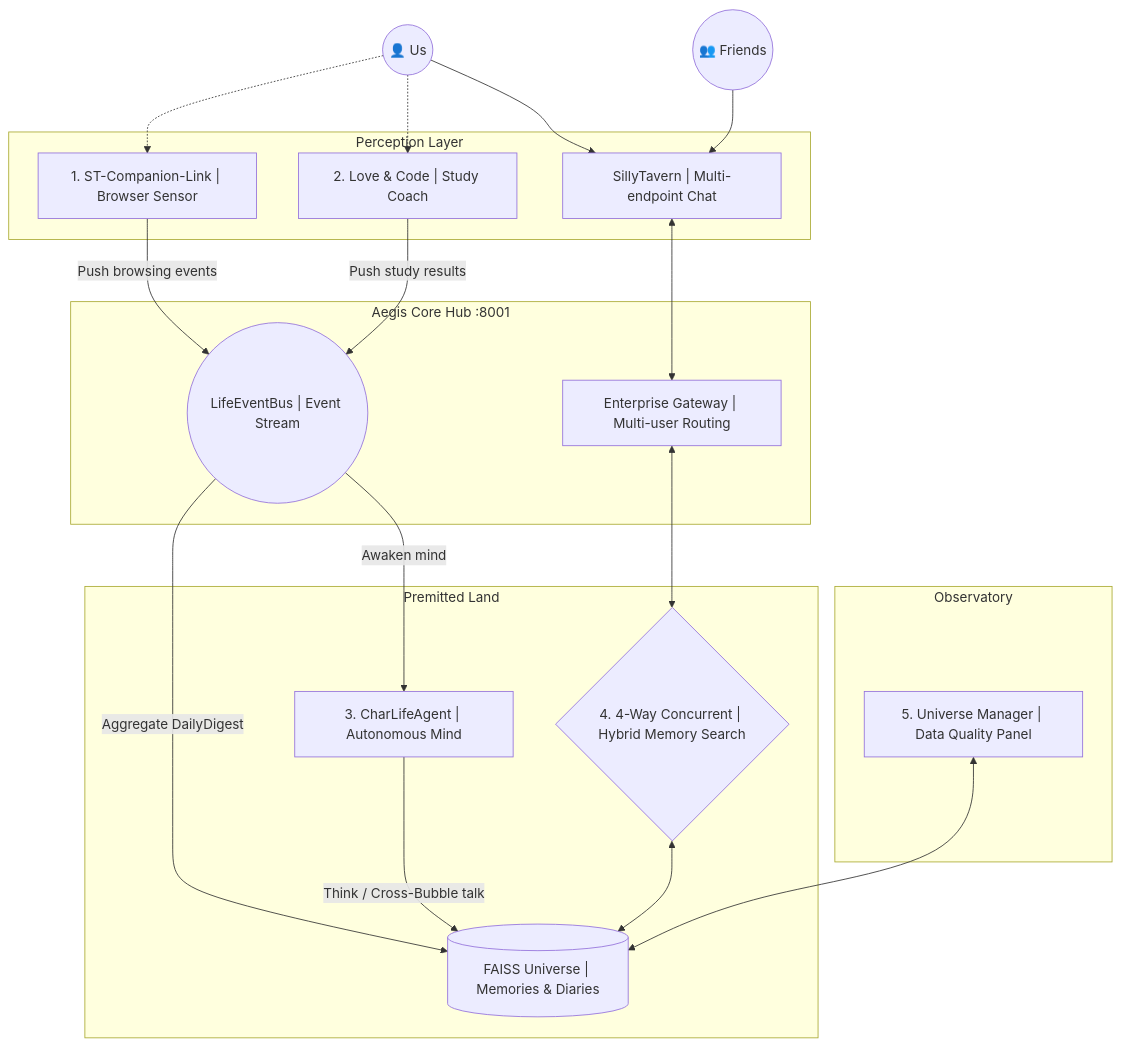
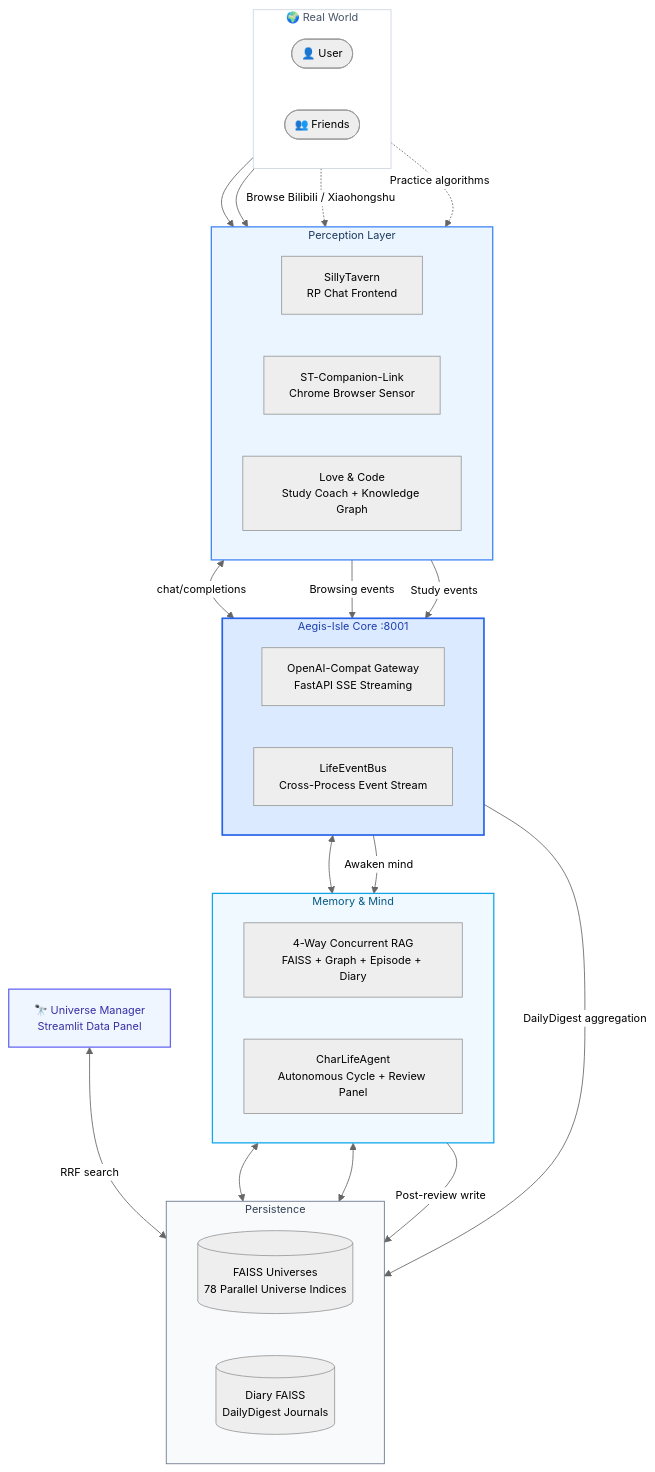
One commit to gabby1111111111/bubby-and-premitted-land changed the diagram in README_EN.md. Above: the diagram before and after it, drawn with Mermaid. The commit also changed other lines of this file and 1 other file, not shown here.

Commit message:
refactor: Clean white-blue architecture, compact layout, repo links at bottom

````diff
--- a/README_EN.md
+++ b/README_EN.md
@@ -45,43 +24,71 @@
 ```mermaid
-graph TD
-    User((👤 Us))
-    Friends((👥 Friends))
-    
-    subgraph "Perception Layer"
-        CL["1. ST-Companion-Link | Browser Sensor"]
-        LC["2. Love & Code | Study Coach"]
-        ST["SillyTavern | Multi-endpoint Chat"]
+%%{init: {'theme': 'neutral', 'themeVariables': { 'fontSize': '13px' }}}%%
+
+flowchart TB
+
+    subgraph REAL ["🌍 Real World"]
+        direction LR
+        User(["👤 User"])
+        Friends(["👥 Friends"])
     end
-    
-    subgraph "Aegis Core Hub :8001"
-        Bus(("LifeEventBus | Event Stream"))
-        API["Enterprise Gateway | Multi-user Routing"]
+
+    subgraph SENSE ["Perception Layer"]
+        direction LR
+        ST["SillyTavern<br/>RP Chat Frontend"]
+        CL["ST-Companion-Link<br/>Chrome Browser Sensor"]
+        LC["Love & Code<br/>Study Coach + Knowledge Graph"]
     end
-    
-    subgraph "Premitted Land"
-        Agent["3. CharLifeAgent | Autonomous Mind"]
-        RAG{"4. 4-Way Concurrent | Hybrid Memory Search"}
-        FAISS[("FAISS Universe | Memories & Diaries")]
+
+    subgraph CORE ["Aegis-Isle Core :8001"]
+        direction LR
+        API["OpenAI-Compat Gateway<br/>FastAPI SSE Streaming"]
+        BUS["LifeEventBus<br/>Cross-Process Event Stream"]
     end
-    
-    subgraph "Observatory"
-        UM["5. Universe Manager | Data Quality Panel"]
+
+    subgraph BRAIN ["Memory & Mind"]
+        direction LR
+        RAG["4-Way Concurrent RAG<br/>FAISS + Graph + Episode + Diary"]
+        AGENT["CharLifeAgent<br/>Autonomous Cycle + Review Panel"]
     end
+
+    subgraph DATA ["Persistence"]
+        direction LR
+        FAISS[("FAISS Universes<br/>78 Parallel Universe Indices")]
+        DIARY[("Diary FAISS<br/>DailyDigest Journals")]
+    end
+
+    UM["🔭 Universe Manager<br/>Streamlit Data Panel"]
 
     User --> ST
     Friends --> ST
-    User -.-> CL
-    User -.-> LC
-    
-    CL --"Push browsing events"--> Bus
-    LC --"Push study results"--> Bus
-    ST <--> API
-    
-    Bus -->|Aggregate DailyDigest| FAISS
-    Bus -->|Awaken mind| Agent
-    Agent -->|Think / Cross-Bubble talk| FAISS
-    
+    User -.->|"Browse Bilibili / Xiaohongshu"| CL
+    User -.->|"Practice algorithms"| LC
+
+    ST <-->|"chat/completions"| API
+    CL -->|"Browsing events"| BUS
+    LC -->|"Study events"| BUS
+
     API <--> RAG
     RAG <--> FAISS
-    UM <--> FAISS
+    RAG <--> DIARY
+
+    BUS -->|"DailyDigest aggregation"| DIARY
+    BUS -->|"Awaken mind"| AGENT
+    AGENT -->|"Post-review write"| DIARY
+
+    UM <-->|"RRF search"| FAISS
+
+    classDef sense fill:#EBF5FF,stroke:#3B82F6,stroke-width:1.5px,color:#1E3A5F
+    classDef core fill:#DBEAFE,stroke:#2563EB,stroke-width:2px,color:#1E40AF
+    classDef brain fill:#F0F9FF,stroke:#0EA5E9,stroke-width:1.5px,color:#075985
+    classDef data fill:#F8FAFC,stroke:#64748B,stroke-width:1px,color:#334155
+    classDef real fill:#FFFFFF,stroke:#CBD5E1,stroke-width:1px,color:#475569
+    classDef panel fill:#EFF6FF,stroke:#6366F1,stroke-width:1.5px,color:#3730A3
+
+    class SENSE sense
+    class CORE core
+    class BRAIN brain
+    class DATA data
+    class REAL real
+    class UM panel
 ```
````
